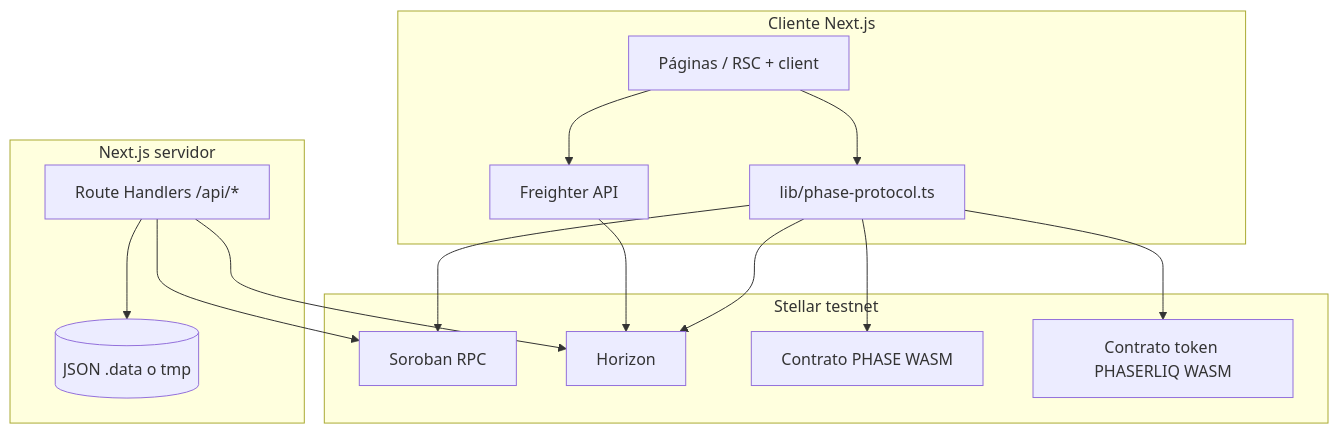
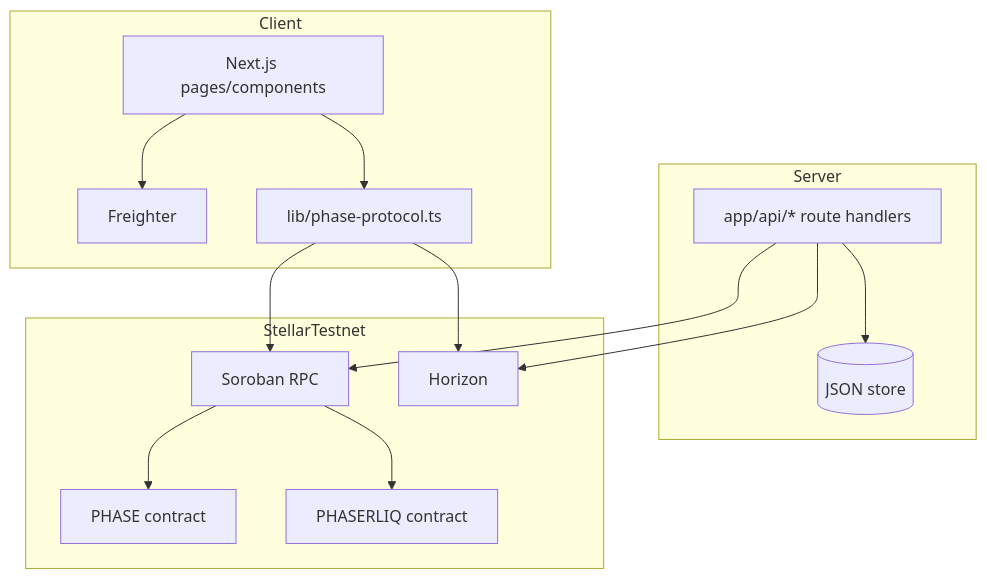
Before and after one commit to DevScoopee/Phase: the diagram in docs/TECHNICAL.md, drawn with Mermaid. The commit also changed other lines of this file and 3 other files, not shown here.

First line of the commit message:
docs: professionalize architecture and technical documentation

````diff
--- a/docs/TECHNICAL.md
+++ b/docs/TECHNICAL.md
@@ -21,28 +31,30 @@
 ```mermaid
 flowchart TB
-  subgraph client [Cliente Next.js]
-    Pages[Páginas / RSC + client]
-    Wallet[Freighter API]
-    PhaseLib[lib/phase-protocol.ts]
+  subgraph Client
+    UI[Next.js pages/components]
+    Wallet[Freighter]
+    ProtoLib[lib/phase-protocol.ts]
   end
-  subgraph next [Next.js servidor]
-    API[Route Handlers /api/*]
-    Data[(JSON .data o tmp)]
+
+  subgraph Server
+    API[app/api/* route handlers]
+    Store[(JSON store)]
   end
-  subgraph stellar [Stellar testnet]
+
+  subgraph StellarTestnet
     RPC[Soroban RPC]
-    HZ[Horizon]
-    Proto[Contrato PHASE WASM]
-    Token[Contrato token PHASERLIQ WASM]
+    Horizon[Horizon]
+    PhaseContract[PHASE contract]
+    TokenContract[PHASERLIQ contract]
   end
-  Pages --> Wallet
-  Pages --> PhaseLib
-  PhaseLib --> RPC
-  PhaseLib --> HZ
+
+  UI --> Wallet
+  UI --> ProtoLib
+  ProtoLib --> RPC
+  ProtoLib --> Horizon
   API --> RPC
-  API --> HZ
-  API --> Data
-  Wallet --> HZ
-  PhaseLib --> Proto
-  PhaseLib --> Token
+  API --> Horizon
+  API --> Store
+  RPC --> PhaseContract
+  RPC --> TokenContract
 ```
````
